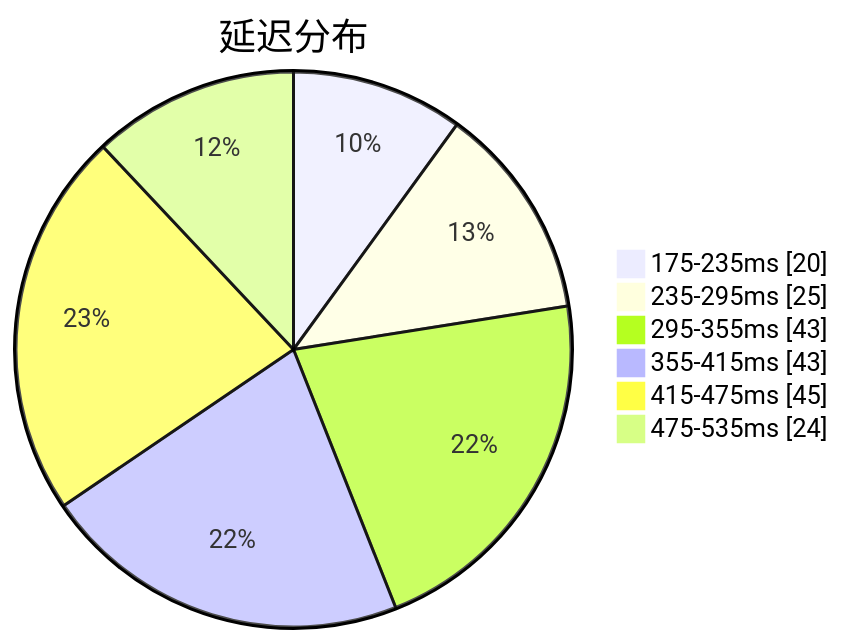
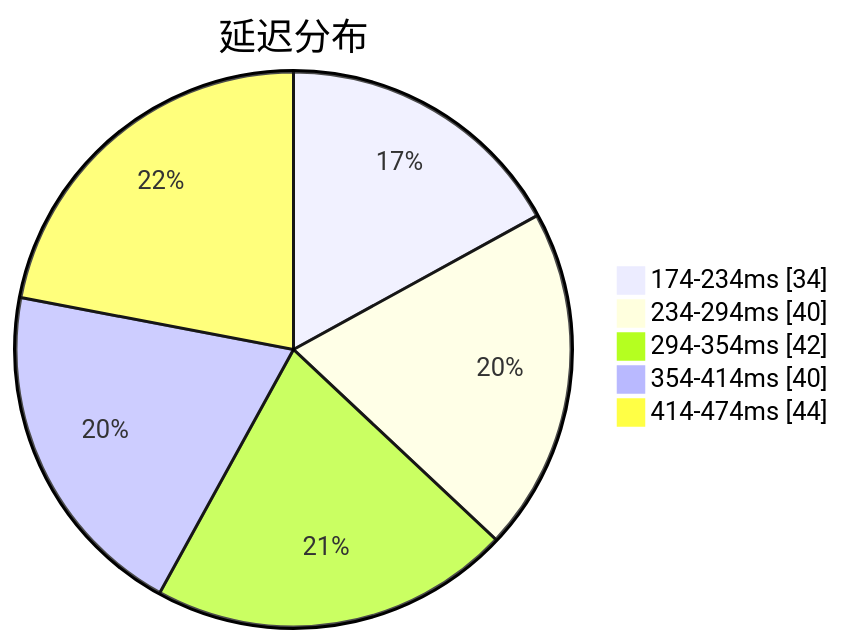
The first of 3 diagrams in subs/statistics/tested_within.md (qjlxg/airport), drawn with Mermaid before and after one commit. The commit also changed other lines of this file and 2 other files, not shown here.

````diff
--- a/subs/statistics/tested_within.md
+++ b/subs/statistics/tested_within.md
@@ -2,10 +2,9 @@
 ```mermaid
 pie showData
 title 延迟分布
-"175-235ms" : 20
-"235-295ms" : 25
-"295-355ms" : 43
-"355-415ms" : 43
-"415-475ms" : 45
-"475-535ms" : 24
+"174-234ms" : 34
+"234-294ms" : 40
+"294-354ms" : 42
+"354-414ms" : 40
+"414-474ms" : 44
 ```
````
